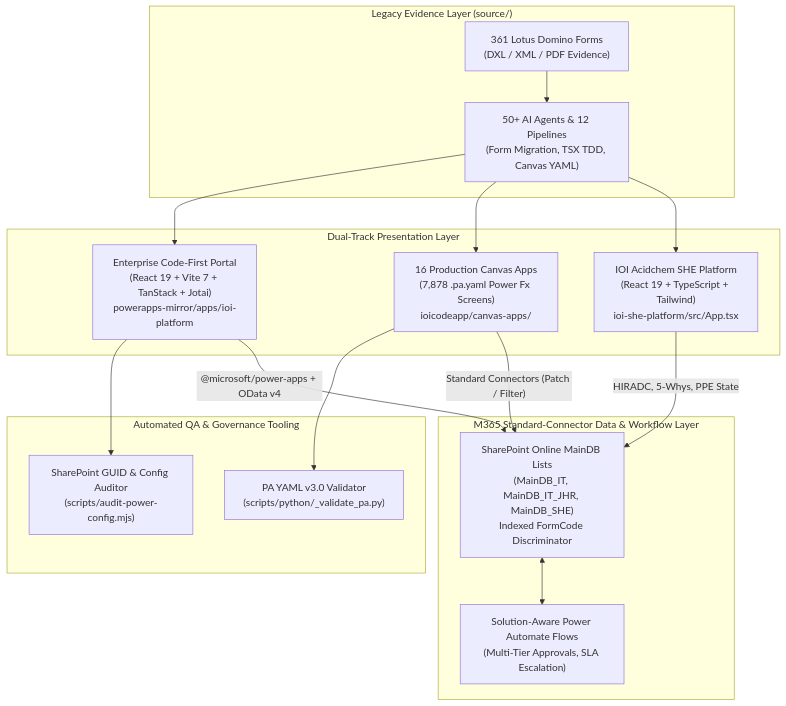
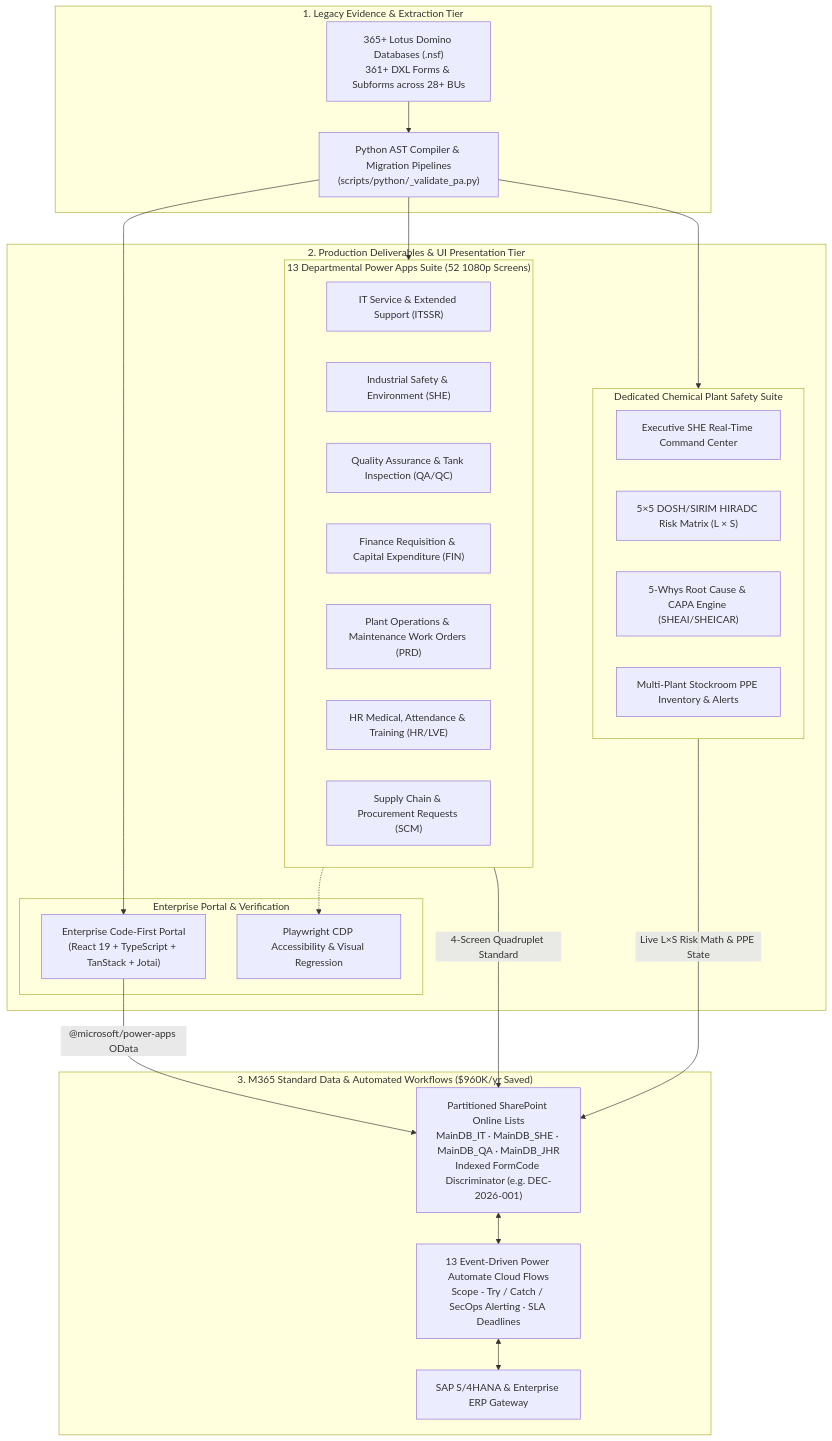
One commit to aliakhmadfauzie/al-resume changed the diagram in public/showcase-articles/enterprise-m365-ioi/portfolio-case-study.md. Above: the diagram before and after it, drawn with Mermaid. The commit also changed other lines of this file and 5 other files, not shown here.

Commit message:
refactor(portfolio): unify IOI Oleo Domino modernization and 13 departmental power apps into single master engagement

````diff
--- a/public/showcase-articles/enterprise-m365-ioi/portfolio-case-study.md
+++ b/public/showcase-articles/enterprise-m365-ioi/portfolio-case-study.md
@@ -23,36 +41,50 @@
 ```mermaid
 flowchart TB
-    subgraph Legacy["Legacy Evidence Layer (source/)"]
-        DXL["361 Lotus Domino Forms<br/>(DXL / XML / PDF Evidence)"]
-        AIEngine["50+ AI Agents & 12 Pipelines<br/>(Form Migration, TSX TDD, Canvas YAML)"]
+    subgraph Legacy["1. Legacy Evidence & Extraction Tier"]
+        DXL["365+ Lotus Domino Databases (.nsf)<br/>361+ DXL Forms & Subforms across 28+ BUs"]
+        Pipeline["Python AST Compiler & Migration Pipelines<br/>(scripts/python/_validate_pa.py)"]
     end
 
-    subgraph Presentation["Dual-Track Presentation Layer"]
-        SHEApp["IOI Acidchem SHE Platform<br/>(React 19 + TypeScript + Tailwind)<br/>ioi-she-platform/src/App.tsx"]
-        CodeFirst["Enterprise Code-First Portal<br/>(React 19 + Vite 7 + TanStack + Jotai)<br/>powerapps-mirror/apps/ioi-platform"]
-        CanvasApps["16 Production Canvas Apps<br/>(7,878 .pa.yaml Power Fx Screens)<br/>ioicodeapp/canvas-apps/"]
+    subgraph Deliverables["2. Production Deliverables & UI Presentation Tier"]
+        subgraph DeptApps["13 Departmental Power Apps Suite (52 1080p Screens)"]
+            AppIT["IT Service & Extended Support (ITSSR)"]
+            AppSHE["Industrial Safety & Environment (SHE)"]
+            AppQA["Quality Assurance & Tank Inspection (QA/QC)"]
+            AppFIN["Finance Requisition & Capital Expenditure (FIN)"]
+            AppPRD["Plant Operations & Maintenance Work Orders (PRD)"]
+            AppHR["HR Medical, Attendance & Training (HR/LVE)"]
+            AppSCM["Supply Chain & Procurement Requests (SCM)"]
+        end
+        
+        subgraph SafetySuite["Dedicated Chemical Plant Safety Suite"]
+            SHEDash["Executive SHE Real-Time Command Center"]
+            HIRADC["5×5 DOSH/SIRIM HIRADC Risk Matrix (L × S)"]
+            Incident["5-Whys Root Cause & CAPA Engine (SHEAI/SHEICAR)"]
+            PPE["Multi-Plant Stockroom PPE Inventory & Alerts"]
+        end
+
+        subgraph Mirror["Enterprise Portal & Verification"]
+            CodeFirst["Enterprise Code-First Portal<br/>(React 19 + TypeScript + TanStack + Jotai)"]
+            Playwright["Playwright CDP Accessibility & Visual Regression"]
+        end
     end
 
-    subgraph Governance["Automated QA & Governance Tooling"]
-        PAValidator["PA YAML v3.0 Validator<br/>(scripts/python/_validate_pa.py)"]
-        ConfigAuditor["SharePoint GUID & Config Auditor<br/>(scripts/audit-power-config.mjs)"]
+    subgraph DataAndWorkflows["3. M365 Standard Data & Automated Workflows ($960K/yr Saved)"]
+        MainDB["Partitioned SharePoint Online Lists<br/>MainDB_IT · MainDB_SHE · MainDB_QA · MainDB_JHR<br/>Indexed FormCode Discriminator (e.g. DEC-2026-001)"]
+        Automate["13 Event-Driven Power Automate Cloud Flows<br/>Scope - Try / Catch / SecOps Alerting · SLA Deadlines"]
+        SAP["SAP S/4HANA & Enterprise ERP Gateway"]
     end
 
-    subgraph DataAndFlows["M365 Standard-Connector Data & Workflow Layer"]
-        SPLists["SharePoint Online MainDB Lists<br/>(MainDB_IT, MainDB_IT_JHR, MainDB_SHE)<br/>Indexed FormCode Discriminator"]
-        PowerAutomate["Solution-Aware Power Automate Flows<br/>(Multi-Tier Approvals, SLA Escalation)"]
-    end
-
-    DXL --> AIEngine
-    AIEngine --> CodeFirst
-    AIEngine --> CanvasApps
-    AIEngine --> SHEApp
-
-    CanvasApps --> PAValidator
-    CodeFirst --> ConfigAuditor
-
-    SHEApp -->|"HIRADC, 5-Whys, PPE State"| SPLists
-    CodeFirst -->|"@microsoft/power-apps + OData v4"| SPLists
-    CanvasApps -->|"Standard Connectors (Patch / Filter)"| SPLists
-    SPLists <--> PowerAutomate
+    DXL --> Pipeline
+    Pipeline --> DeptApps
+    Pipeline --> SafetySuite
+    Pipeline --> CodeFirst
+    
+    DeptApps -->|"4-Screen Quadruplet Standard"| MainDB
+    SafetySuite -->|"Live L×S Risk Math & PPE State"| MainDB
+    CodeFirst -->|"@microsoft/power-apps OData"| MainDB
+    
+    MainDB <--> Automate
+    Automate <--> SAP
+    DeptApps -.-> Playwright
 ```
````
